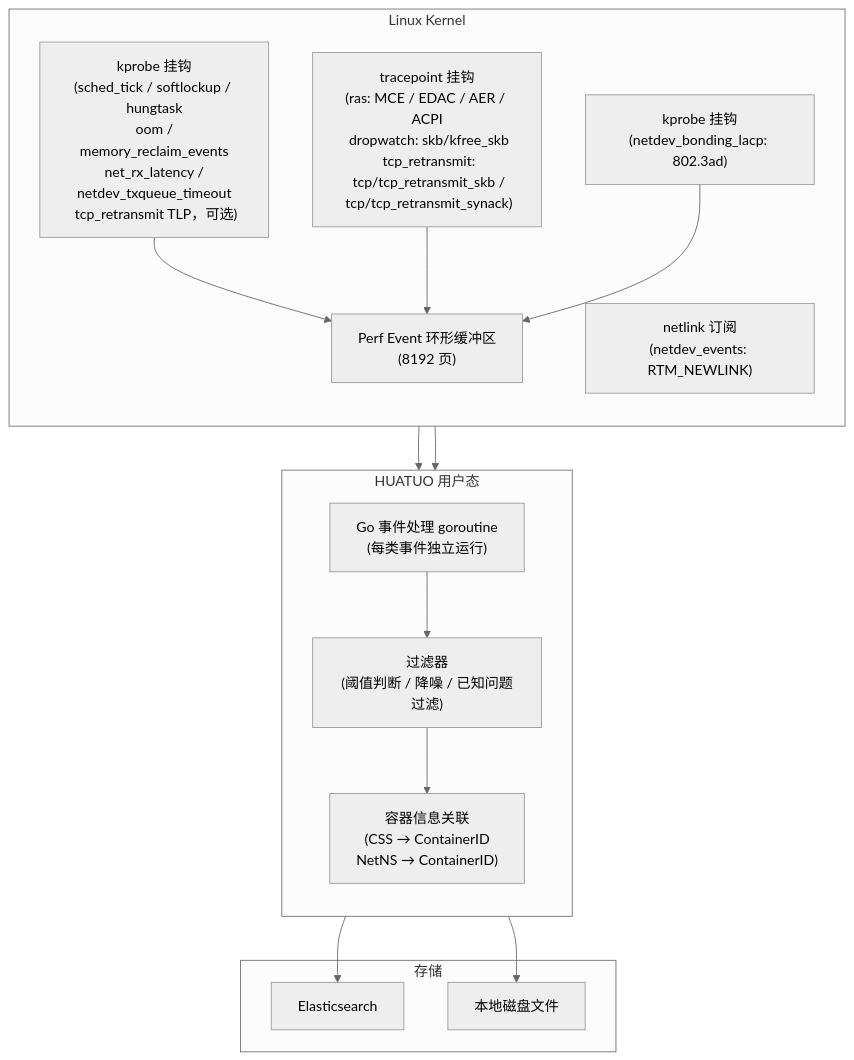
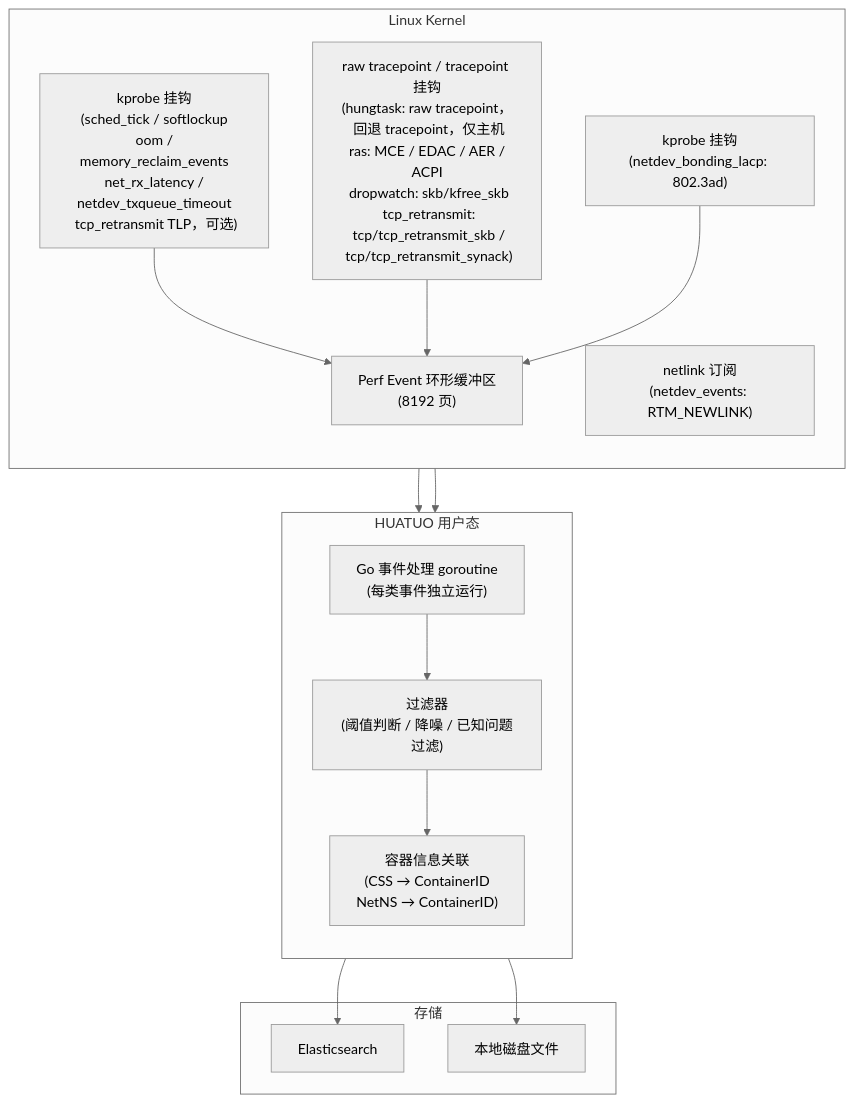
The first of 2 diagrams in docs/key-feature/instant-observability_zh.md (ccfos/huatuo), drawn with Mermaid (neutral theme) before and after one commit. The commit also changed other lines of this file and 10 other files, not shown here.

First line of the commit message:
feat(events): attribute hungtask events and counts to containers

````diff
--- a/docs/key-feature/instant-observability_zh.md
+++ b/docs/key-feature/instant-observability_zh.md
@@ -522,33 +524,33 @@
 ```mermaid
 graph TB
     subgraph "Linux Kernel"
         direction TB
-        K1["kprobe 挂钩\n(sched_tick / softlockup / hungtask\n oom / memory_reclaim_events\n net_rx_latency / netdev_txqueue_timeout\n tcp_retransmit TLP，可选)"]
-        K2["tracepoint 挂钩\n(ras: MCE / EDAC / AER / ACPI\n dropwatch: skb/kfree_skb\n tcp_retransmit:\n tcp/tcp_retransmit_skb /\n tcp/tcp_retransmit_synack)"]
+        K1["kprobe 挂钩\n(sched_tick / softlockup\n oom / memory_reclaim_events\n net_rx_latency / netdev_txqueue_timeout\n tcp_retransmit TLP，可选)"]
+        K2["raw tracepoint / tracepoint 挂钩\n(hungtask: raw tracepoint，\n 回退 tracepoint，仅主机\n ras: MCE / EDAC / AER / ACPI\n dropwatch: skb/kfree_skb\n tcp_retransmit:\n tcp/tcp_retransmit_skb /\n tcp/tcp_retransmit_synack)"]
         K3["netlink 订阅\n(netdev_events: RTM_NEWLINK)"]
         K4["kprobe 挂钩\n(netdev_bonding_lacp: 802.3ad)"]
         PEB["Perf Event 环形缓冲区\n(8192 页)"]
     end
 
     subgraph "HUATUO 用户态"
         direction TB
         EH["Go 事件处理 goroutine\n(每类事件独立运行)"]
         CF["过滤器\n(阈值判断 / 降噪 / 已知问题过滤)"]
         CM["容器信息关联\n(CSS → ContainerID\n NetNS → ContainerID)"]
     end
 
     subgraph "存储"
         ES["Elasticsearch"]
         DISK["本地磁盘文件"]
     end
 
     K1 --> PEB
     K2 --> PEB
     K4 --> PEB
     PEB --> EH
     K3 --> EH
     EH --> CF
     CF --> CM
     CM --> ES
     CM --> DISK
 ```
````
